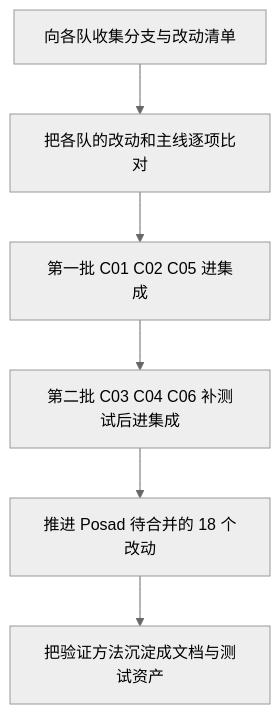
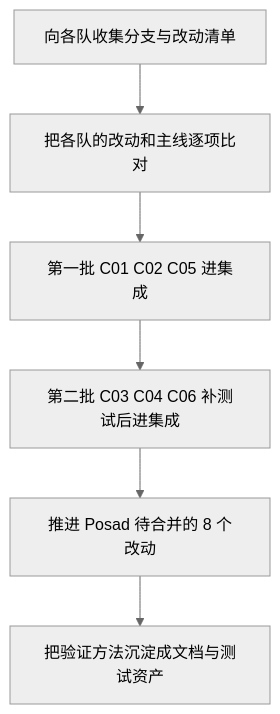
The diagram in docs/docs/runtime/proj4/proj4-summary.md (BattiestStone4/tgoskits), drawn with Mermaid (neutral theme) before and after one commit. The commit also changed other lines of this file, not shown here.

First line of the commit message:
docs(proj4): refresh the pending Posad change count and directions

````diff
--- a/docs/docs/runtime/proj4/proj4-summary.md
+++ b/docs/docs/runtime/proj4/proj4-summary.md
@@ -302,8 +304,8 @@
 ```mermaid
 flowchart TD
   A[向各队收集分支与改动清单] --> B[把各队的改动和主线逐项比对]
   B --> C[第一批 C01 C02 C05 进集成]
   C --> D[第二批 C03 C04 C06 补测试后进集成]
-  D --> E[推进 Posad 待合并的 18 个改动]
+  D --> E[推进 Posad 待合并的 8 个改动]
   E --> F[把验证方法沉淀成文档与测试资产]
 ```
````
